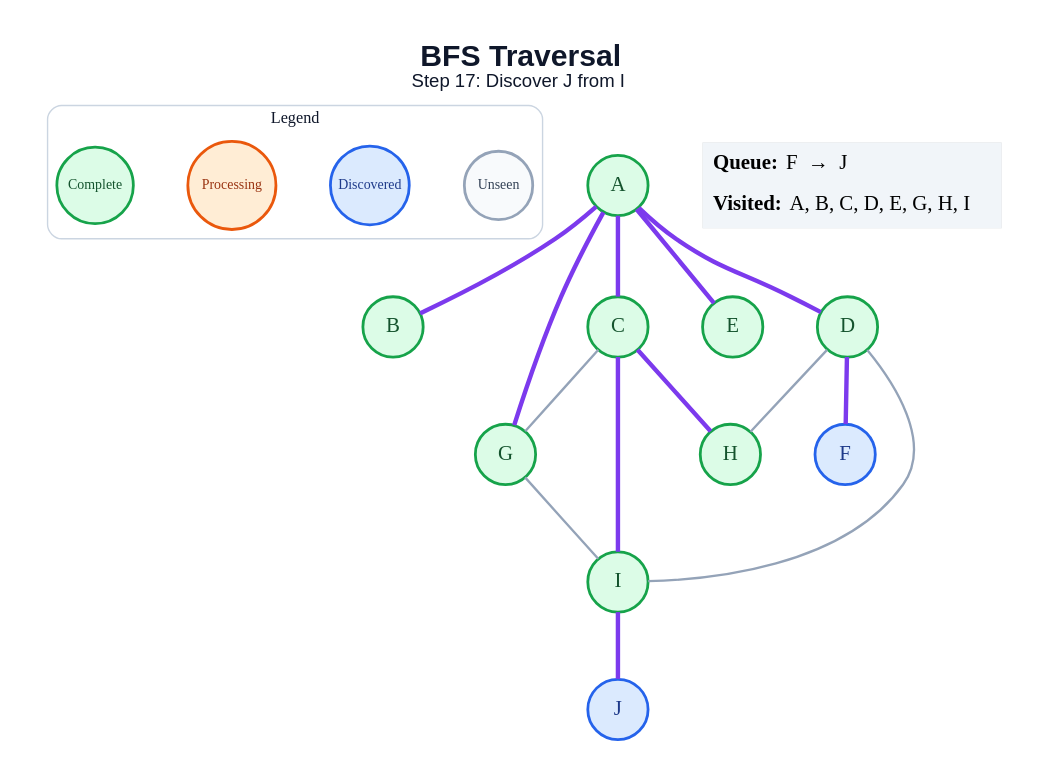
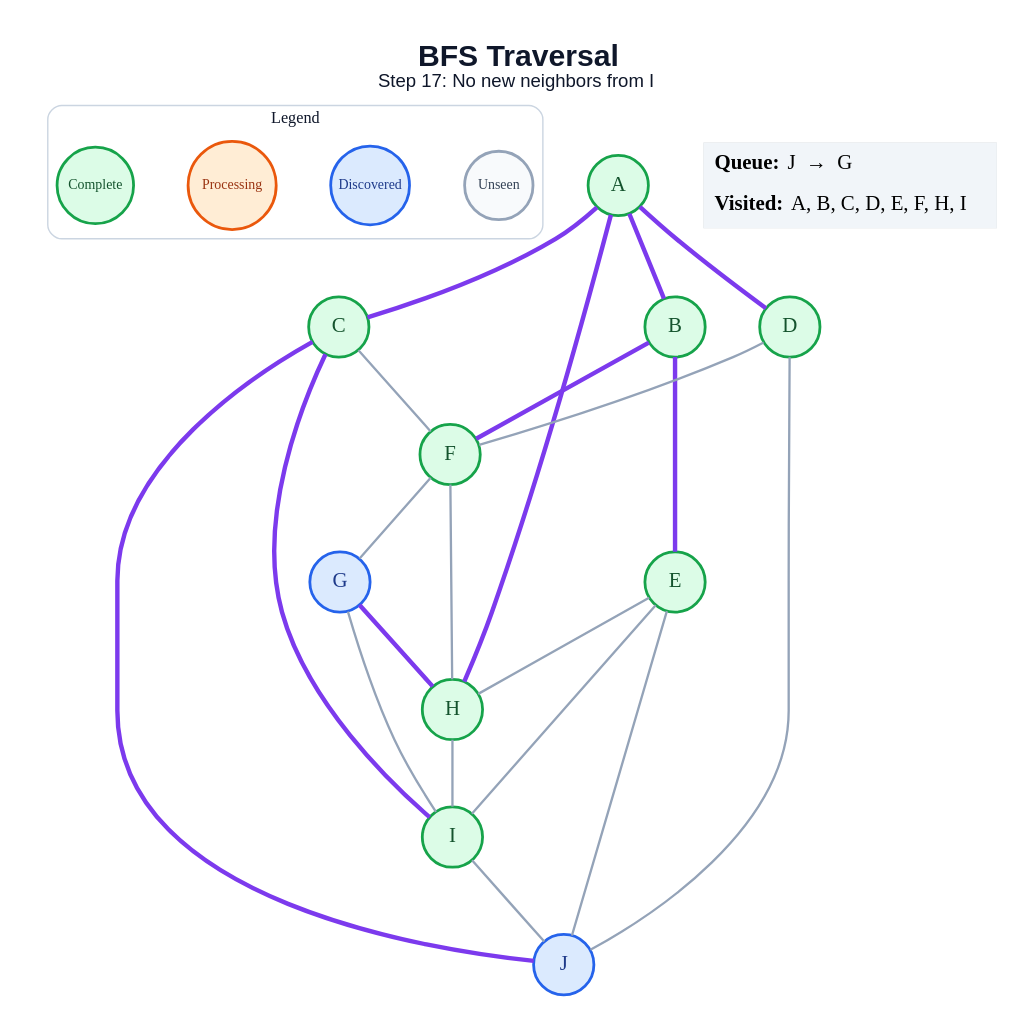
Before and after one commit to amanghodawala9/ai-slop: the diagram in generated/bfs/step_17.dot, drawn with Graphviz. The commit also changed 178 other files, not shown here.

```diff
--- a/generated/bfs/step_17.dot
+++ b/generated/bfs/step_17.dot
@@ -1,42 +1,49 @@
 graph traversal {
   graph [layout=dot, rankdir=TB, bgcolor="#FFFFFF", pad="0.35", nodesep="0.65", ranksep="0.8", fontname="Arial"];
   node [shape=circle, style="filled", fontname="Arial Bold", fontsize=18, width=0.72, fixedsize=true, penwidth=2.4];
   edge [color="#94A3B8", penwidth=2.0];
-  label=<<B>BFS Traversal</B><BR/><FONT POINT-SIZE="16">Step 17: Discover J from I</FONT>>; labelloc="t"; fontsize=26; fontname="Arial"; fontcolor="#0F172A";
+  label=<<B>BFS Traversal</B><BR/><FONT POINT-SIZE="16">Step 17: No new neighbors from I</FONT>>; labelloc="t"; fontsize=26; fontname="Arial"; fontcolor="#0F172A";
   subgraph cluster_legend { label="Legend"; color="#CBD5E1"; penwidth=1.2; style="rounded"; fontsize=14; fontname="Arial Bold";
     key_unseen [label="Unseen", fillcolor="#F8FAFC", color="#94A3B8", fontcolor="#334155", fontsize=12, width=0.82];
     key_frontier [label="Discovered", fillcolor="#DBEAFE", color="#2563EB", fontcolor="#1E3A8A", fontsize=12, width=0.95];
     key_current [label="Processing", fillcolor="#FFEDD5", color="#EA580C", fontcolor="#9A3412", fontsize=12, width=1.05];
     key_done [label="Complete", fillcolor="#DCFCE7", color="#16A34A", fontcolor="#14532D", fontsize=12, width=0.92];
     { rank=same; key_unseen; key_frontier; key_current; key_done; }
   }
   A [fillcolor="#DCFCE7", color="#16A34A", fontcolor="#14532D"];
   B [fillcolor="#DCFCE7", color="#16A34A", fontcolor="#14532D"];
   C [fillcolor="#DCFCE7", color="#16A34A", fontcolor="#14532D"];
   D [fillcolor="#DCFCE7", color="#16A34A", fontcolor="#14532D"];
   E [fillcolor="#DCFCE7", color="#16A34A", fontcolor="#14532D"];
-  F [fillcolor="#DBEAFE", color="#2563EB", fontcolor="#1E3A8A"];
-  G [fillcolor="#DCFCE7", color="#16A34A", fontcolor="#14532D"];
+  F [fillcolor="#DCFCE7", color="#16A34A", fontcolor="#14532D"];
+  G [fillcolor="#DBEAFE", color="#2563EB", fontcolor="#1E3A8A"];
   H [fillcolor="#DCFCE7", color="#16A34A", fontcolor="#14532D"];
   I [fillcolor="#DCFCE7", color="#16A34A", fontcolor="#14532D"];
   J [fillcolor="#DBEAFE", color="#2563EB", fontcolor="#1E3A8A"];
   A -- B [color="#7C3AED", penwidth=3.8];
   A -- C [color="#7C3AED", penwidth=3.8];
   A -- D [color="#7C3AED", penwidth=3.8];
-  A -- E [color="#7C3AED", penwidth=3.8];
-  A -- G [color="#7C3AED", penwidth=3.8];
-  C -- G;
-  C -- H [color="#7C3AED", penwidth=3.8];
+  A -- H [color="#7C3AED", penwidth=3.8];
+  B -- E [color="#7C3AED", penwidth=3.8];
+  B -- F [color="#7C3AED", penwidth=3.8];
+  C -- F;
   C -- I [color="#7C3AED", penwidth=3.8];
-  D -- F [color="#7C3AED", penwidth=3.8];
-  D -- H;
-  D -- I;
+  C -- J [color="#7C3AED", penwidth=3.8];
+  D -- F;
+  D -- J;
+  E -- H;
+  E -- I;
+  E -- J;
+  F -- G;
+  F -- H;
+  G -- H [color="#7C3AED", penwidth=3.8];
   G -- I;
-  I -- J [color="#7C3AED", penwidth=3.8];
+  H -- I;
+  I -- J;
   status [shape=plain, fixedsize=false, width=0, height=0, margin=0, label=<
     <TABLE BORDER="0" CELLBORDER="0" CELLPADDING="7" BGCOLOR="#F1F5F9">
-      <TR><TD ALIGN="LEFT"><B>Queue:</B> F  →  J</TD></TR>
-      <TR><TD ALIGN="LEFT"><B>Visited:</B> A, B, C, D, E, G, H, I</TD></TR>
+      <TR><TD ALIGN="LEFT"><B>Queue:</B> J  →  G</TD></TR>
+      <TR><TD ALIGN="LEFT"><B>Visited:</B> A, B, C, D, E, F, H, I</TD></TR>
     </TABLE>
   >];
 }
```
